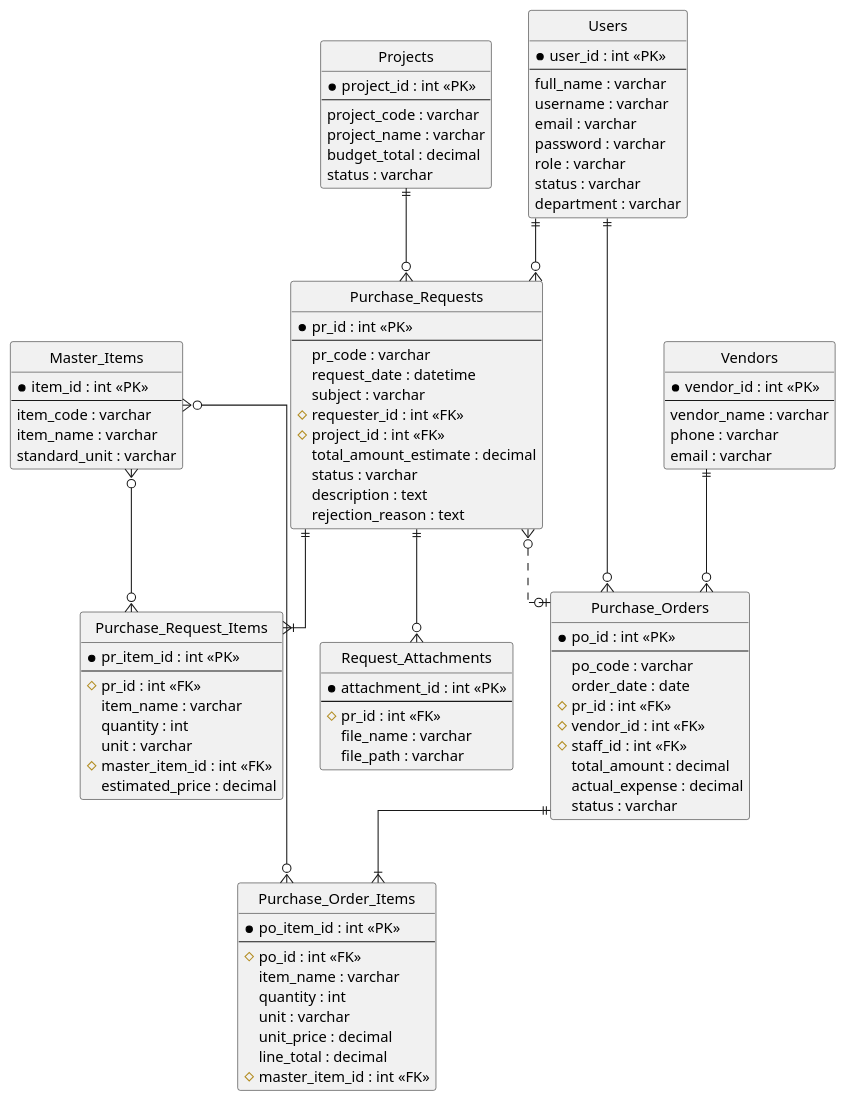
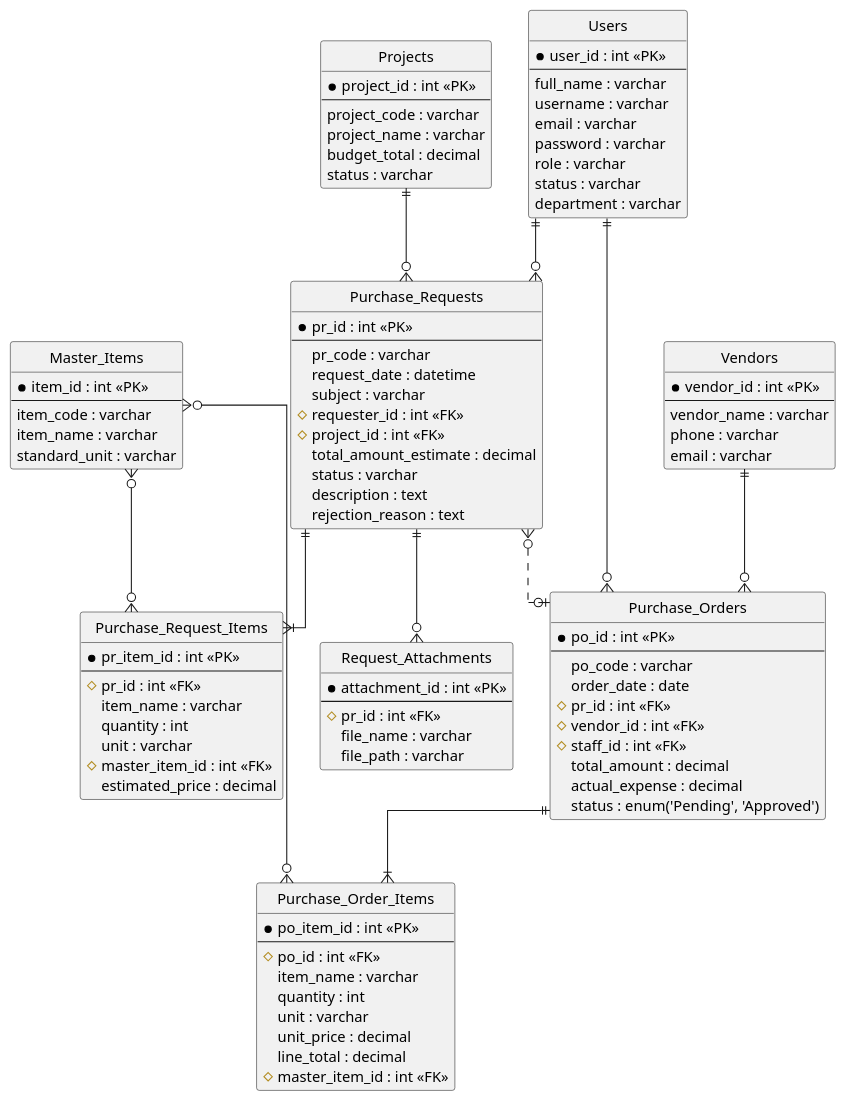
The diagram in Diagram/ER Diagram.puml (Thavizup-Deesan/DSSI-PROJECT-2568), drawn with PlantUML before and after one commit. The commit also changed 51 other files, not shown here.

```diff
--- a/Diagram/ER Diagram.puml
+++ b/Diagram/ER Diagram.puml
@@ -1,118 +1,118 @@
 @startuml
 hide circle
 
 skinparam linetype ortho
 
 entity "Users" as users {
   *user_id : int <<PK>>
   --
   full_name : varchar
   username : varchar
   email : varchar
   password : varchar
   role : varchar
   status : varchar
   department : varchar
 }
 
 entity "Projects" as projects {
   *project_id : int <<PK>>
   --
   project_code : varchar
   project_name : varchar
   budget_total : decimal
   status : varchar
 }
 
 entity "Vendors" as vendors {
   *vendor_id : int <<PK>>
   --
   vendor_name : varchar
   phone : varchar
   email : varchar
 }
 
 entity "Master_Items" as master_items {
   *item_id : int <<PK>>
   --
   item_code : varchar
   item_name : varchar
   standard_unit : varchar
 }
 
 entity "Purchase_Requests" as pr {
   *pr_id : int <<PK>>
   --
   pr_code : varchar
   request_date : datetime
   subject : varchar
   #requester_id : int <<FK>>
   #project_id : int <<FK>>
   total_amount_estimate : decimal
   status : varchar
   description : text
   rejection_reason : text
 }
 
 entity "Purchase_Request_Items" as pr_items {
   *pr_item_id : int <<PK>>
   --
   #pr_id : int <<FK>>
   item_name : varchar
   quantity : int
   unit : varchar
   #master_item_id : int <<FK>>
   '-- เพิ่มคอลัมน์ใหม่ --'
   estimated_price : decimal
 }
 
 
 entity "Request_Attachments" as attachments {
     *attachment_id : int <<PK>>
     --
     #pr_id : int <<FK>>
     file_name : varchar
     file_path : varchar
 }
 
 
 entity "Purchase_Orders" as po {
   *po_id : int <<PK>>
   --
   po_code : varchar
   order_date : date
   #pr_id : int <<FK>>
   #vendor_id : int <<FK>>
   #staff_id : int <<FK>>
   total_amount : decimal
   actual_expense : decimal
-  status : varchar
+  status : enum('Pending', 'Approved')
 }
 
 entity "Purchase_Order_Items" as po_items {
   *po_item_id : int <<PK>>
   --
   #po_id : int <<FK>>
   item_name : varchar
   quantity : int
   unit : varchar
   unit_price : decimal
   line_total : decimal
   #master_item_id : int <<FK>>
 }
 
 users ||--o{ pr
 projects ||--o{ pr
 pr ||--|{ pr_items
 master_items }o--o{ pr_items
 
 
 pr ||--o{ attachments
 
 pr }o..o| po
 vendors ||--o{ po
 users ||--o{ po
 po ||--|{ po_items
 master_items }o--o{ po_items
 
 @enduml
```
